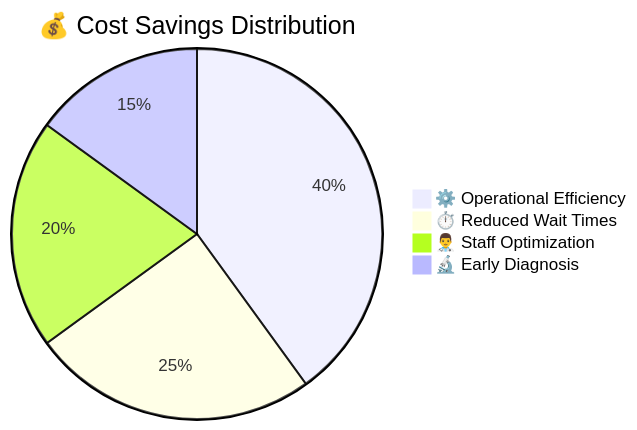
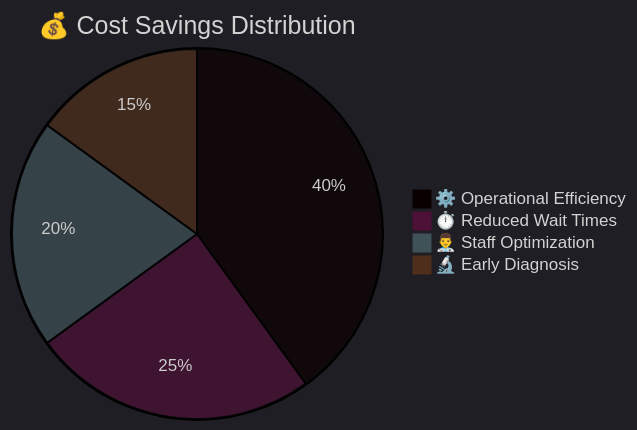
The ninth of 20 diagrams in report.md (hr1juldey/FairWorks_FairDOC), drawn with Mermaid before and after one commit.

````diff
--- a/report.md
+++ b/report.md
@@ -418,12 +418,12 @@
 ```mermaid
 ---
 config:
-  theme: default
+  theme: dark
 ---
 pie title 💰 Cost Savings Distribution
     "⚙️ Operational Efficiency" : 40
     "⏱️ Reduced Wait Times" : 25
     "👨‍⚕️ Staff Optimization" : 20
     "🔬 Early Diagnosis" : 15
 
 ```
````
